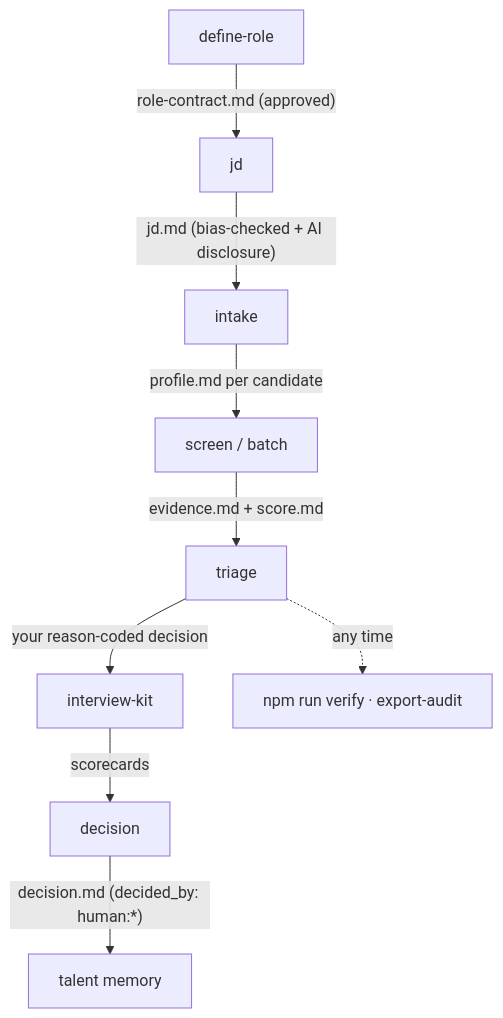
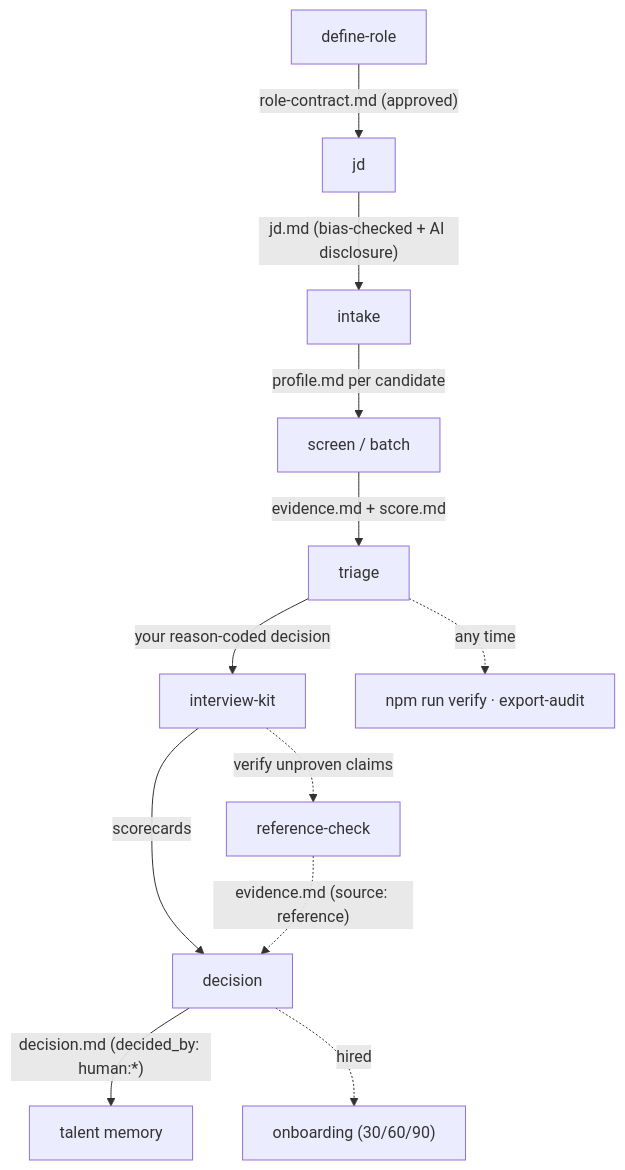
The diagram in README.md (shenmali/talent-ops), drawn with Mermaid before and after one commit. The commit also changed other lines of this file and 2 other files, not shown here.

Commit message:
docs(post-decision): add reference-check + onboarding to README + SKILL router; fix Guard 1 list

````diff
--- a/README.md
+++ b/README.md
@@ -29,11 +29,14 @@
 ```mermaid
 flowchart TD
     DR["define-role"] -->|"role-contract.md (approved)"| JD["jd"]
     JD -->|"jd.md (bias-checked + AI disclosure)"| IN["intake"]
     IN -->|"profile.md per candidate"| SC["screen / batch"]
     SC -->|"evidence.md + score.md"| TR["triage"]
     TR -->|"your reason-coded decision"| IK["interview-kit"]
     IK -->|"scorecards"| DE["decision"]
+    IK -.->|"verify unproven claims"| RC["reference-check"]
+    RC -.->|"evidence.md (source: reference)"| DE
     DE -->|"decision.md (decided_by: human:*)"| MEM["talent memory"]
+    DE -.->|"hired"| ONB["onboarding (30/60/90)"]
     TR -.->|"any time"| V["npm run verify · export-audit"]
 ```
````
